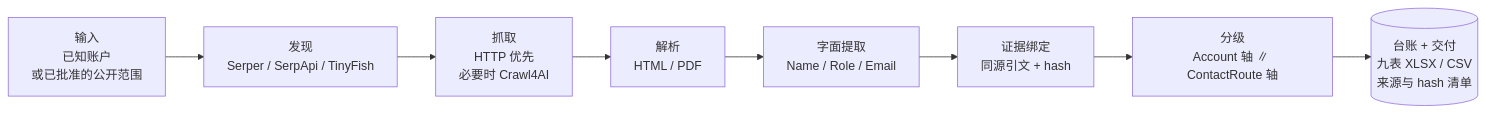
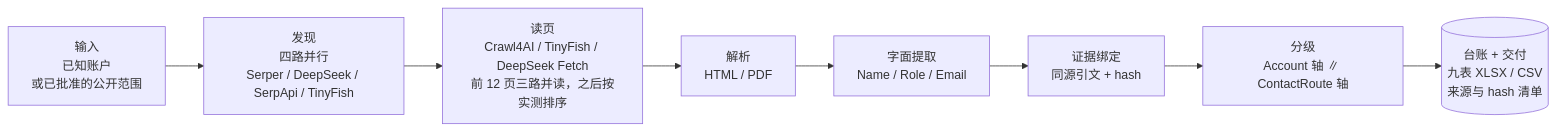
Before and after one commit to ProfessorZhi/marketops: the second of 2 diagrams in README.md, drawn with Mermaid. The commit also changed other lines of this file and 2 other files, not shown here.

````diff
--- a/README.md
+++ b/README.md
@@ -71,10 +72,10 @@
 ```mermaid
 flowchart LR
-    A["输入<br/>已知账户<br/>或已批准的公开范围"] --> B["发现<br/>Serper / SerpApi / TinyFish"]
-    B --> C["抓取<br/>HTTP 优先<br/>必要时 Crawl4AI"]
+    A["输入<br/>已知账户<br/>或已批准的公开范围"] --> B["发现<br/>四路并行<br/>Serper / DeepSeek / SerpApi / TinyFish"]
+    B --> C["读页<br/>Crawl4AI / TinyFish / DeepSeek Fetch<br/>前 12 页三路并读，之后按实测排序"]
     C --> D["解析<br/>HTML / PDF"]
     D --> E["字面提取<br/>Name / Role / Email"]
     E --> F["证据绑定<br/>同源引文 + hash"]
     F --> G["分级<br/>Account 轴 ∥ ContactRoute 轴"]
     G --> H[("台账 + 交付<br/>九表 XLSX / CSV<br/>来源与 hash 清单")]
 ```
````
